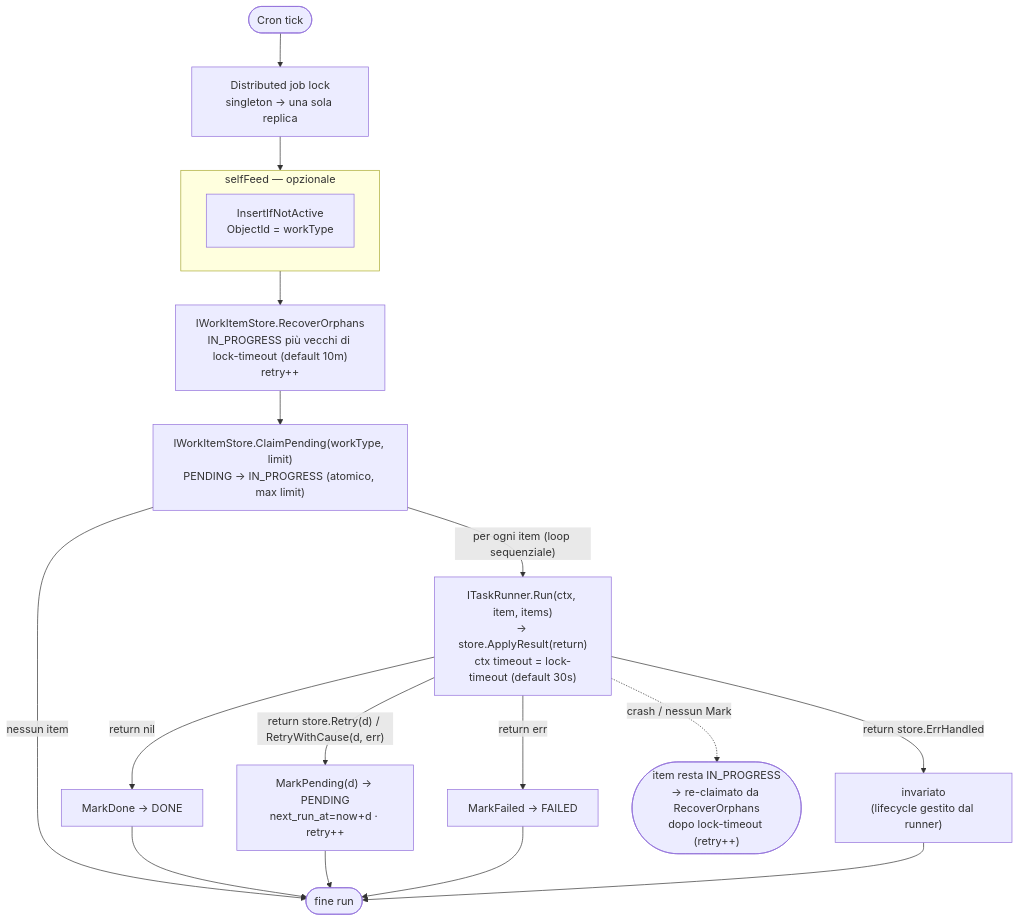
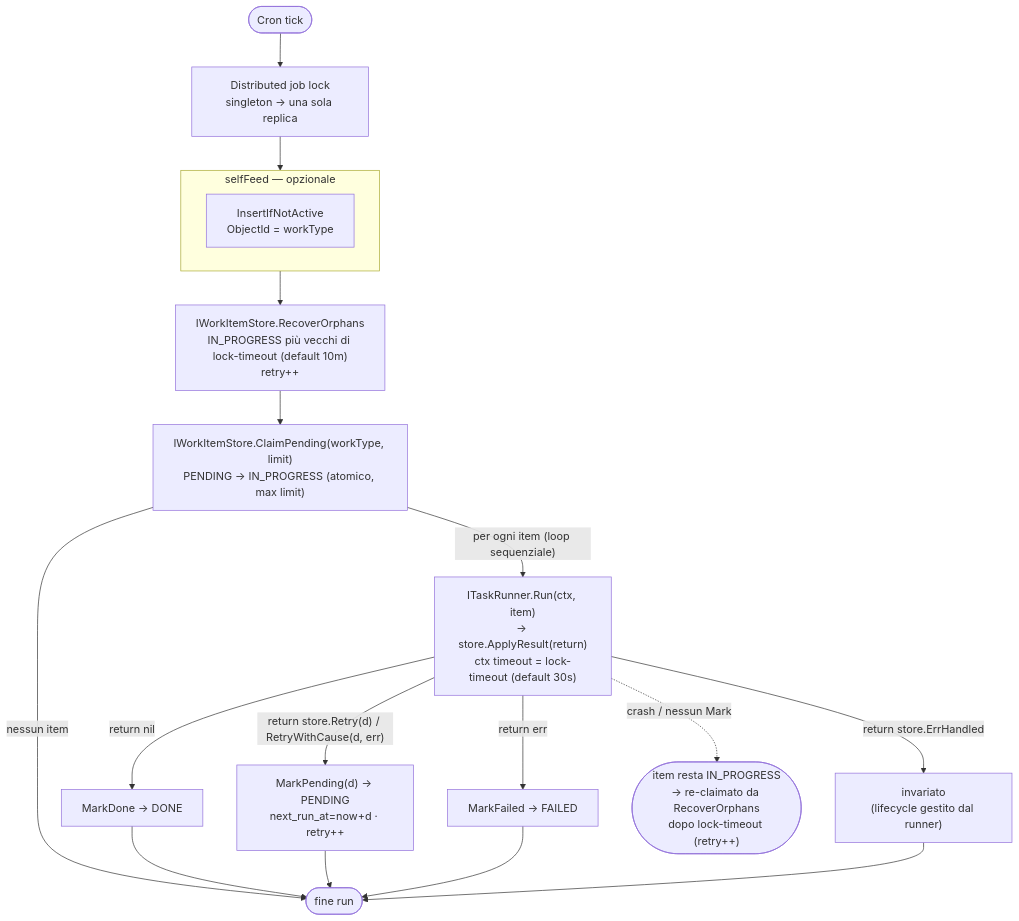
The third of 3 diagrams in README.md (GPA-Gruppo-Progetti-Avanzati-SRL/go-core-batch), drawn with Mermaid before and after one commit. The commit also changed other lines of this file and 5 other files, not shown here.

First line of the commit message:
breaking: remove items IWorkItemStore from ITaskRunner.Run and IFileRunner.Run

````diff
--- a/README.md
+++ b/README.md
@@ -478,18 +480,18 @@
 ```mermaid
 flowchart TD
     CRON([Cron tick]) --> LOCK["Distributed job lock\nsingleton → una sola replica"]
     LOCK --> SELF
     subgraph SELF["selfFeed — opzionale"]
         SF["InsertIfNotActive\nObjectId = workType"]
     end
     SELF --> RO["IWorkItemStore.RecoverOrphans\nIN_PROGRESS più vecchi di lock-timeout (default 10m)\nretry++"]
     RO --> CP["IWorkItemStore.ClaimPending(workType, limit)\nPENDING → IN_PROGRESS (atomico, max limit)"]
     CP -- "nessun item" --> END([fine run])
-    CP -- "per ogni item (loop sequenziale)" --> RUN["ITaskRunner.Run(ctx, item, items)\n→ store.ApplyResult(return)\nctx timeout = lock-timeout (default 30s)"]
+    CP -- "per ogni item (loop sequenziale)" --> RUN["ITaskRunner.Run(ctx, item)\n→ store.ApplyResult(return)\nctx timeout = lock-timeout (default 30s)"]
     RUN -- "return nil" --> DONE["MarkDone → DONE"]
     RUN -- "return store.Retry(d) / RetryWithCause(d, err)" --> PEND["MarkPending(d) → PENDING\nnext_run_at=now+d · retry++"]
     RUN -- "return err" --> FAIL["MarkFailed → FAILED"]
     RUN -- "return store.ErrHandled" --> KEEP["invariato\n(lifecycle gestito dal runner)"]
     DONE & PEND & FAIL & KEEP --> END
     RUN -. "crash / nessun Mark" .-> STAY(["item resta IN_PROGRESS\n→ re-claimato da RecoverOrphans\ndopo lock-timeout (retry++)"])
 ```
````
